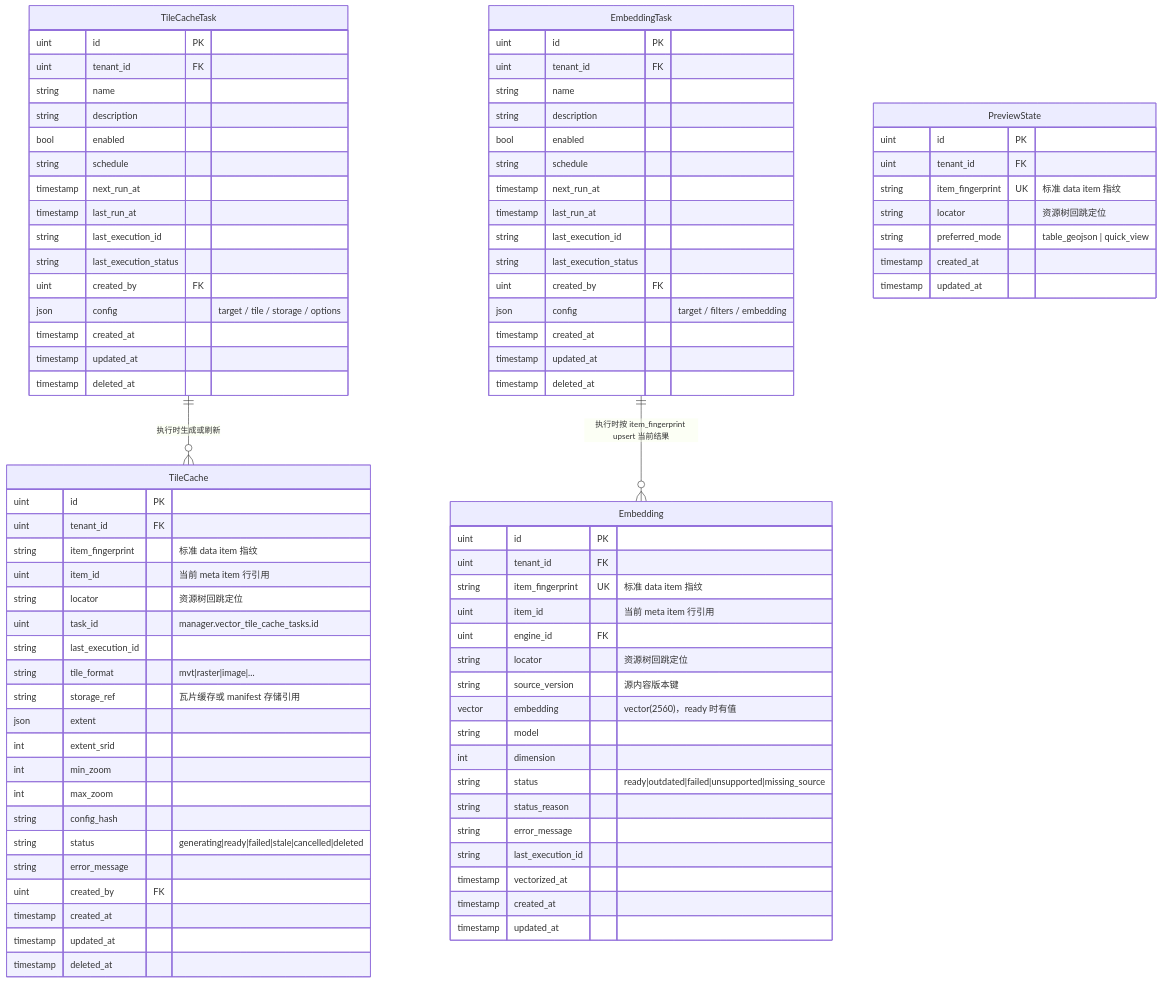
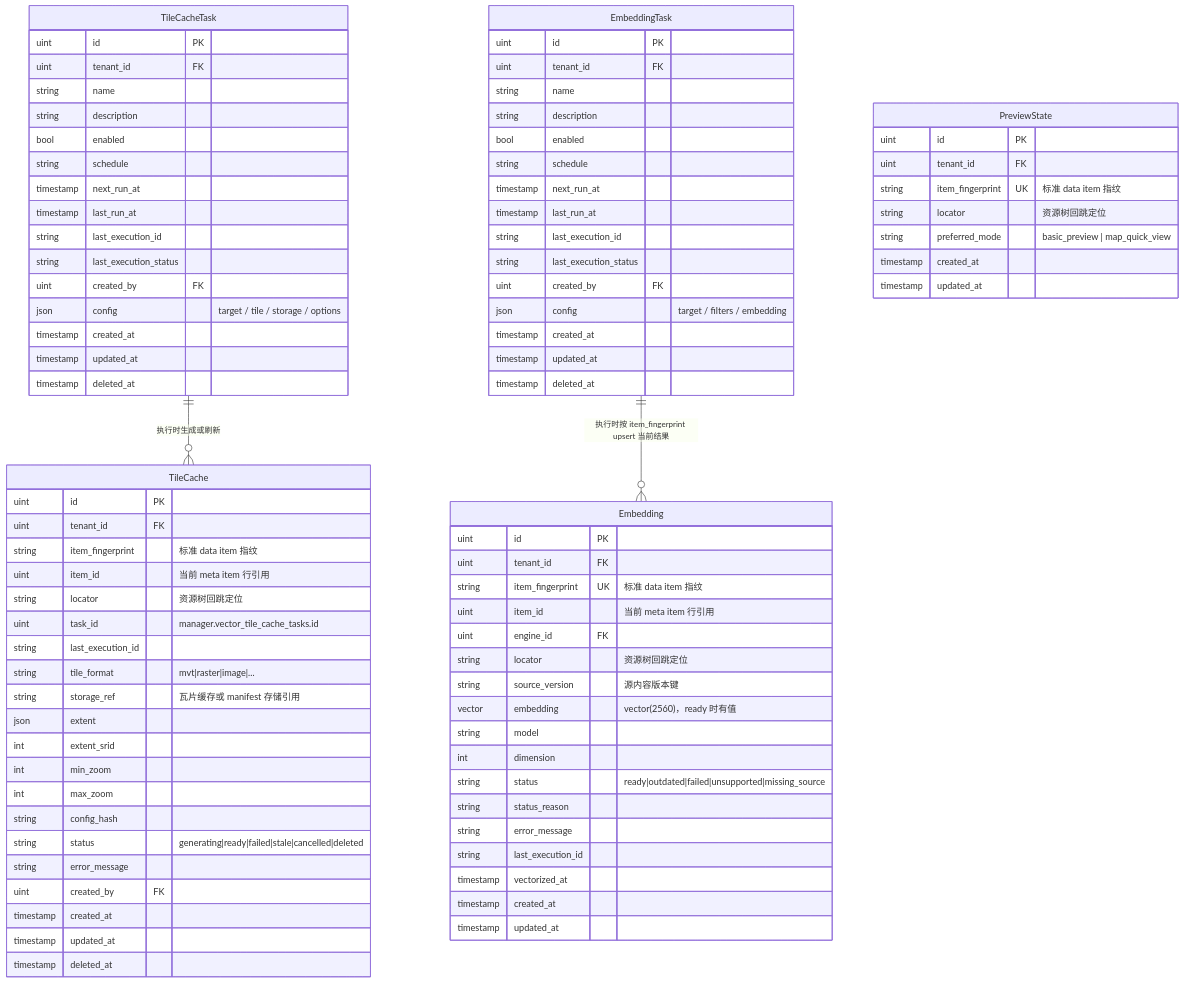
Before and after one commit to pampa0629/addp: the third of 9 diagrams in docs/concepts/addp核心对象ER图（元模型）.md, drawn with Mermaid. The commit also changed other lines of this file and 188 other files, not shown here.

```diff
--- a/docs/concepts/addp核心对象ER图（元模型）.md
+++ b/docs/concepts/addp核心对象ER图（元模型）.md
@@ -598,7 +598,7 @@
         uint tenant_id FK
         string item_fingerprint UK "标准 data item 指纹"
         string locator "资源树回跳定位"
-        string preferred_mode "table_geojson | quick_view"
+        string preferred_mode "basic_preview | map_quick_view"
         timestamp created_at
         timestamp updated_at
     }
```
